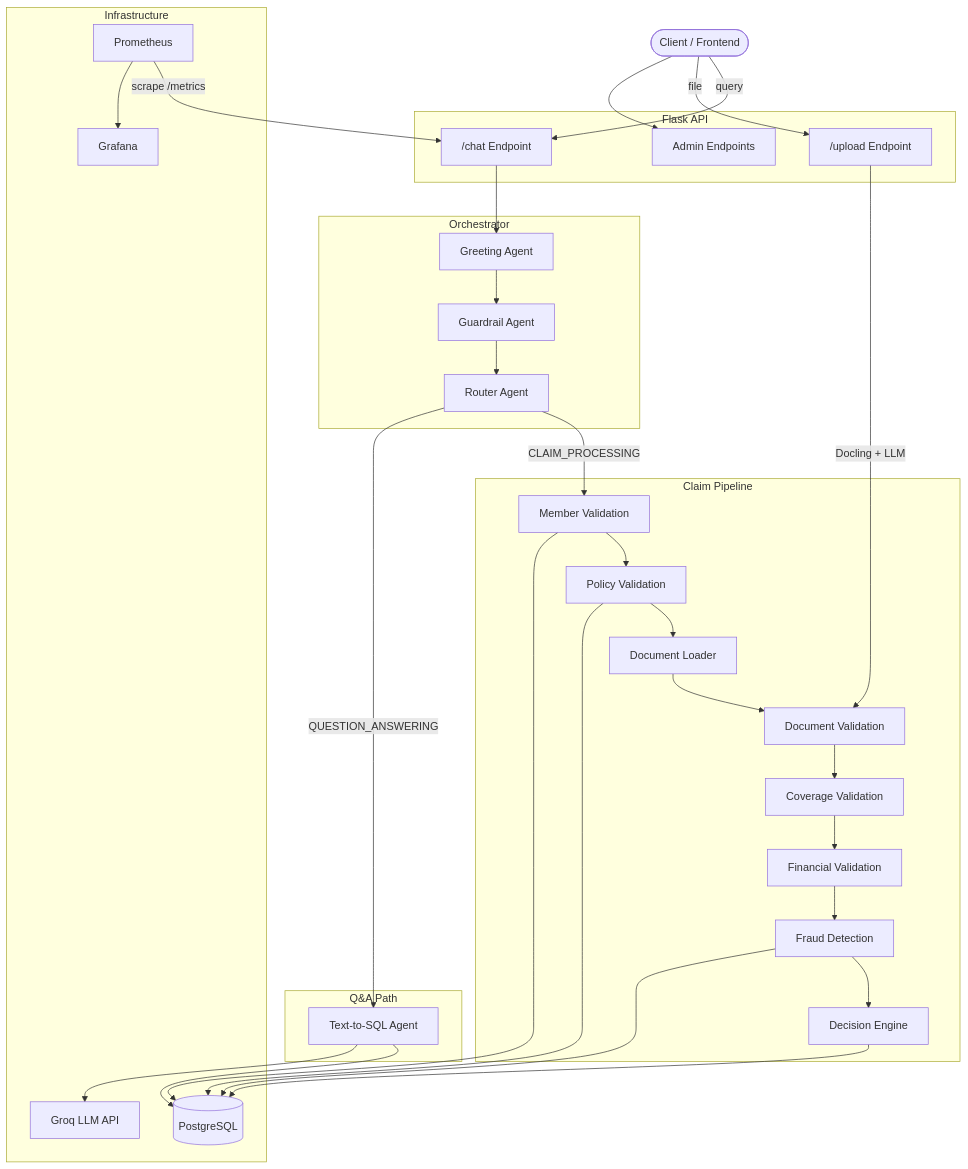
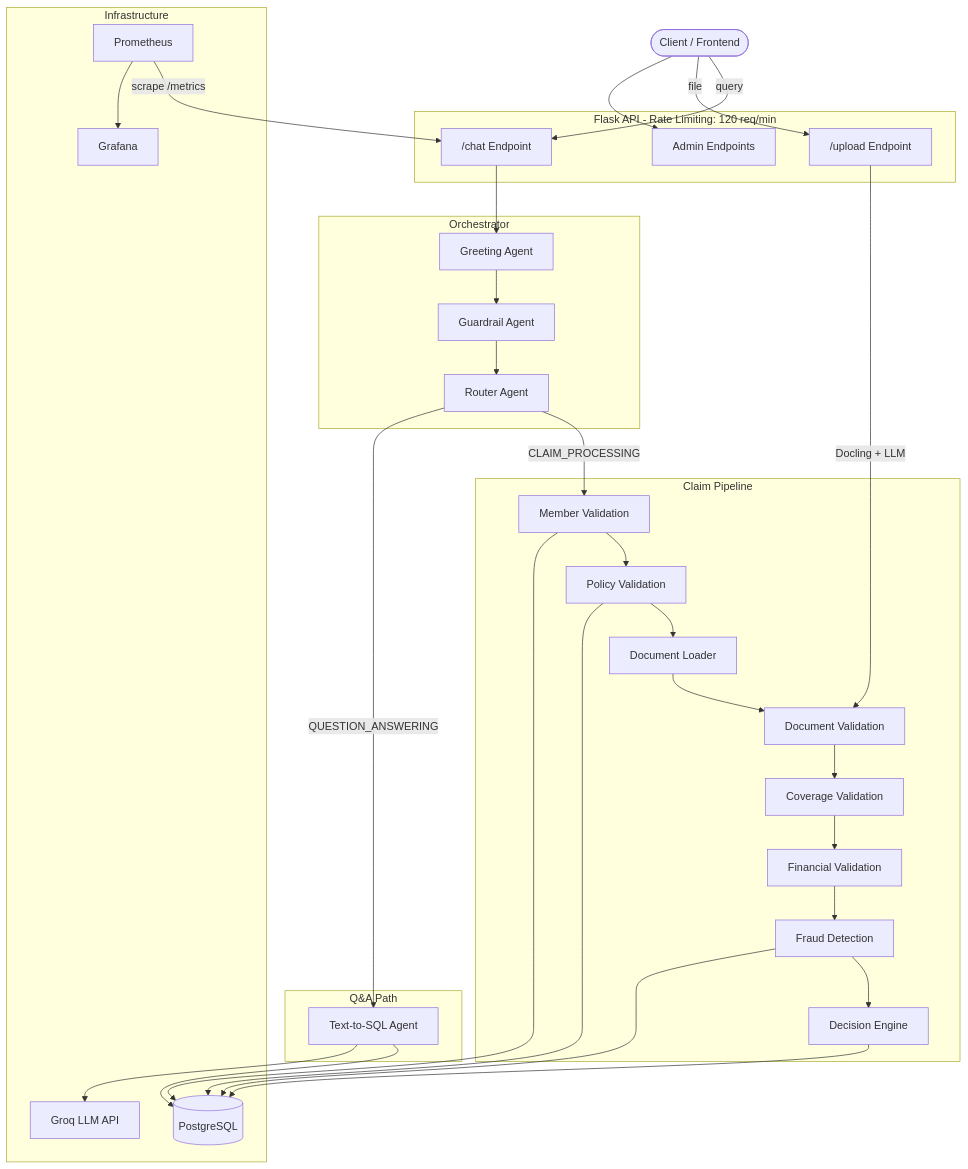
The diagram in backend/README.md (010Harsh010/Insurence-Agent), drawn with Mermaid before and after one commit. The commit also changed other lines of this file and 2 other files, not shown here.

Commit message:
Add rate limiter

````diff
--- a/backend/README.md
+++ b/backend/README.md
@@ -7,62 +7,62 @@
 ```mermaid
 graph TD
     Client([Client / Frontend])
 
-    subgraph Flask API
+    subgraph Flask API  - Rate Limiting: 120 req/min
         A["/chat Endpoint"]
         B["/upload Endpoint"]
         C[Admin Endpoints]
     end
 
     subgraph Orchestrator
         G[Greeting Agent]
         GR[Guardrail Agent]
         R[Router Agent]
     end
 
     subgraph Claim Pipeline
         MV[Member Validation]
         PV[Policy Validation]
         DL[Document Loader]
         DV[Document Validation]
         CV[Coverage Validation]
         FV[Financial Validation]
         FR[Fraud Detection]
         DE[Decision Engine]
     end
 
     subgraph Q&A Path
         SQL[Text-to-SQL Agent]
     end
 
     subgraph Infrastructure
         PG[(PostgreSQL)]
         LLM[Groq LLM API]
         Prom[Prometheus]
         Graf[Grafana]
     end
 
     Client -->|query| A
     Client -->|file| B
     Client --> C
 
     A --> G --> GR --> R
     R -->|CLAIM_PROCESSING| MV
     R -->|QUESTION_ANSWERING| SQL
 
     MV --> PV --> DL --> DV --> CV --> FV --> FR --> DE
 
     B -->|Docling + LLM| DV
 
     SQL --> PG
     MV --> PG
     PV --> PG
     DE --> PG
     FR --> PG
 
 
     SQL --> LLM
 
     Prom -->|scrape /metrics| A
     Prom --> Graf
 ```
````
